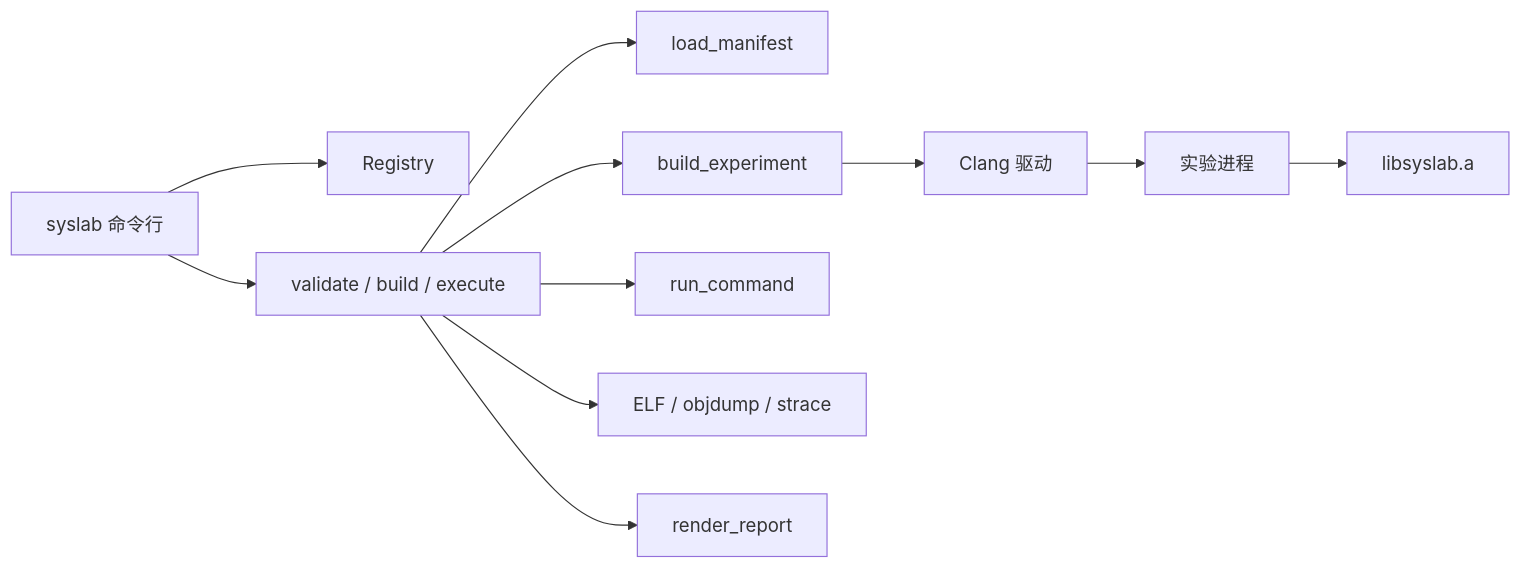
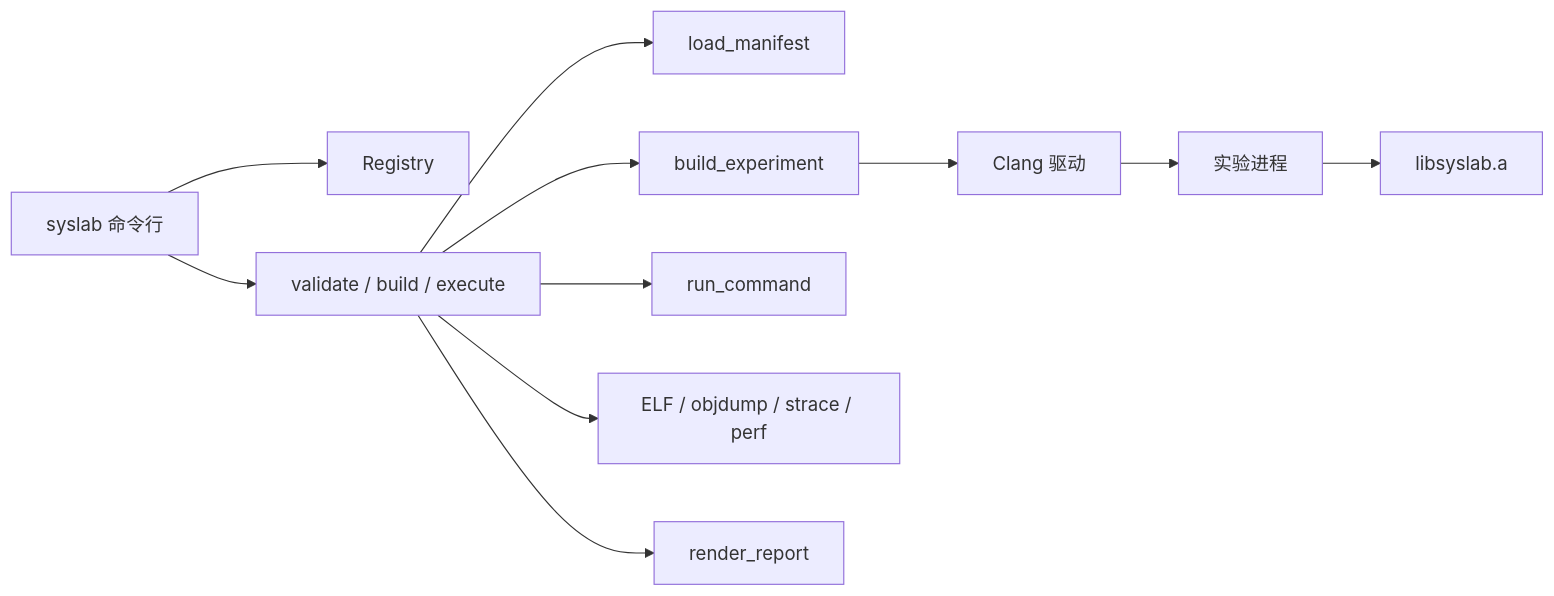
Before and after one commit to zodirc/Syslab: the diagram in docs/architecture/overview.md, drawn with Mermaid. The commit also changed other lines of this file and 6 other files, not shown here.

Commit message:
同步架构说明、课程图和使用手册。

````diff
--- a/docs/architecture/overview.md
+++ b/docs/architecture/overview.md
@@ -5,13 +5,13 @@
 ```mermaid
 flowchart LR
   cli[syslab 命令行] --> registry[Registry]
   cli --> session[validate / build / execute]
   session --> manifest[load_manifest]
   session --> build[build_experiment]
   session --> runner[run_command]
-  session --> observe[ELF / objdump / strace]
+  session --> observe[ELF / objdump / strace / perf]
   session --> report[render_report]
   build --> compiler[Clang 驱动]
   compiler --> experiment[实验进程]
   experiment --> lib[libsyslab.a]
 ```
````
